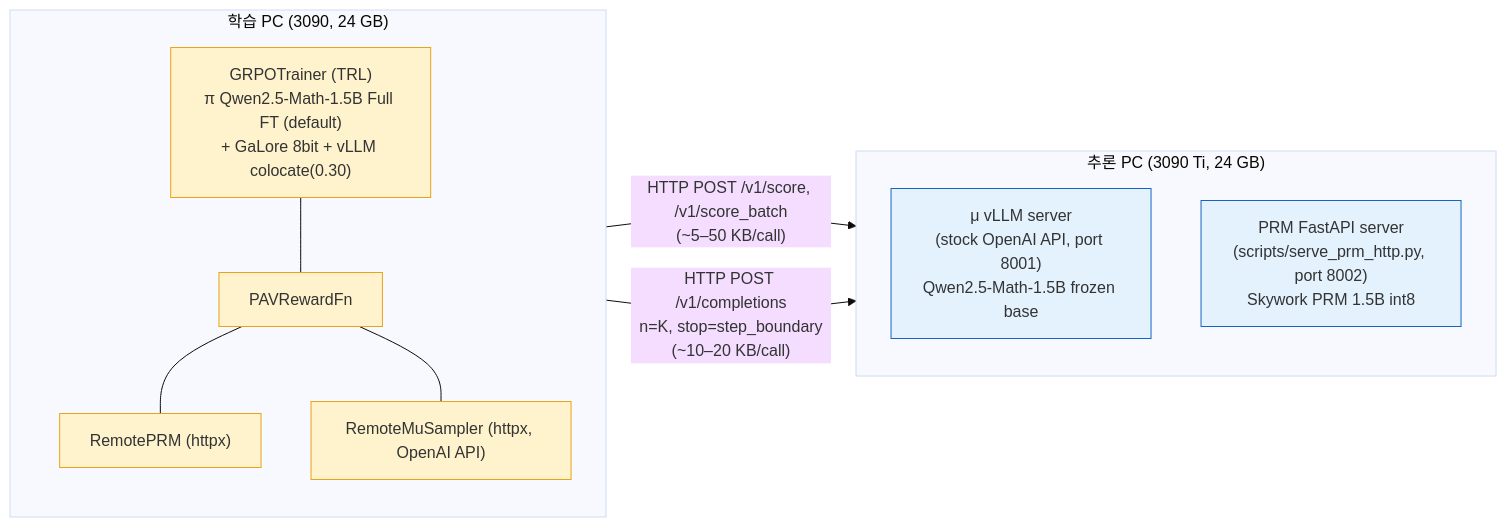
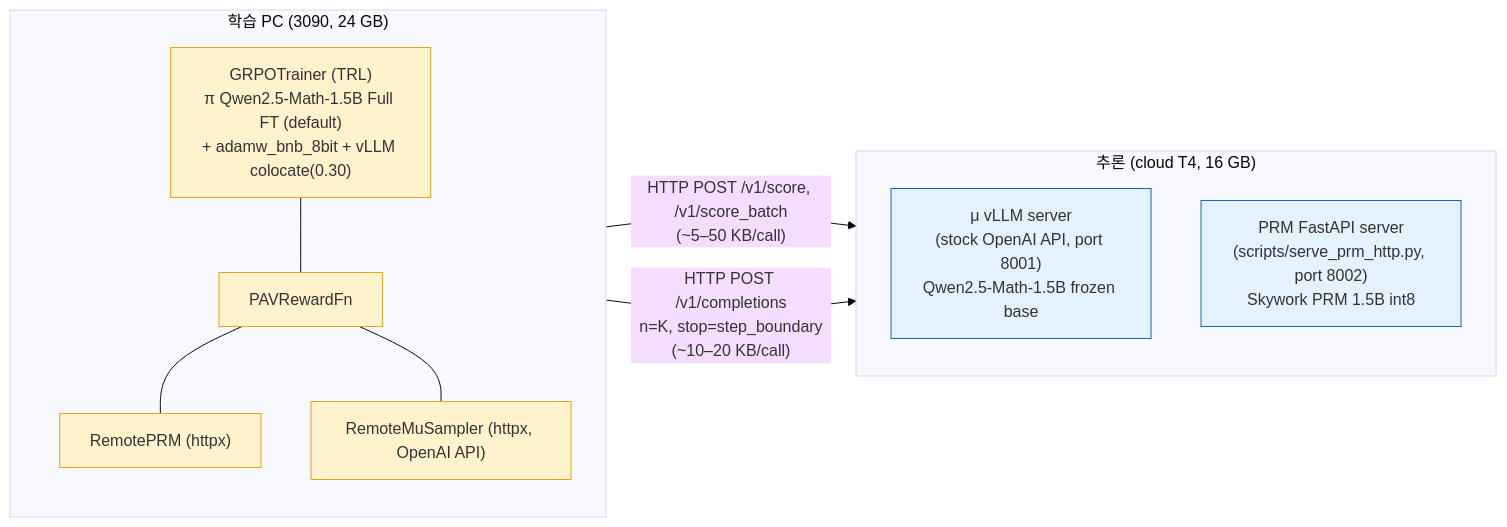
The second of 7 diagrams in PAV/docs/TRAINING_FLOW.md (LeeSongHeon-LSH/DRL-TERM_PROJECT), drawn with Mermaid (base theme) before and after one commit. The commit also changed other lines of this file and 7 other files, not shown here.

````diff
--- a/PAV/docs/TRAINING_FLOW.md
+++ b/PAV/docs/TRAINING_FLOW.md
@@ -52,27 +52,27 @@
 ```mermaid
 flowchart LR
     subgraph TrainPC["학습 PC (3090, 24 GB)"]
         direction TB
-        TRAIN["GRPOTrainer (TRL)<br>π Qwen2.5-Math-1.5B Full FT (default)<br>+ GaLore 8bit + vLLM colocate(0.30)"]
+        TRAIN["GRPOTrainer (TRL)<br>π Qwen2.5-Math-1.5B Full FT (default)<br>+ adamw_bnb_8bit + vLLM colocate(0.30)"]
         REWARD["PAVRewardFn"]
         RPRM["RemotePRM (httpx)"]
         RMU["RemoteMuSampler (httpx, OpenAI API)"]
         TRAIN --- REWARD
         REWARD --- RPRM
         REWARD --- RMU
     end
 
-    subgraph InfPC["추론 PC (3090 Ti, 24 GB)"]
+    subgraph InfPC["추론 (cloud T4, 16 GB)"]
         direction TB
         MUS["μ vLLM server<br>(stock OpenAI API, port 8001)<br>Qwen2.5-Math-1.5B frozen base"]
         PRMS["PRM FastAPI server<br>(scripts/serve_prm_http.py, port 8002)<br>Skywork PRM 1.5B int8"]
     end
 
     RPRM -- "HTTP POST /v1/score, /v1/score_batch<br>(~5–50 KB/call)" --> PRMS
     RMU  -- "HTTP POST /v1/completions<br>n=K, stop=step_boundary<br>(~10–20 KB/call)" --> MUS
 
     classDef main fill:#fff3cd,stroke:#e8a317
     classDef remote fill:#e3f2fd,stroke:#1565c0
     class TRAIN,REWARD,RPRM,RMU main
     class MUS,PRMS remote
 ```
````
